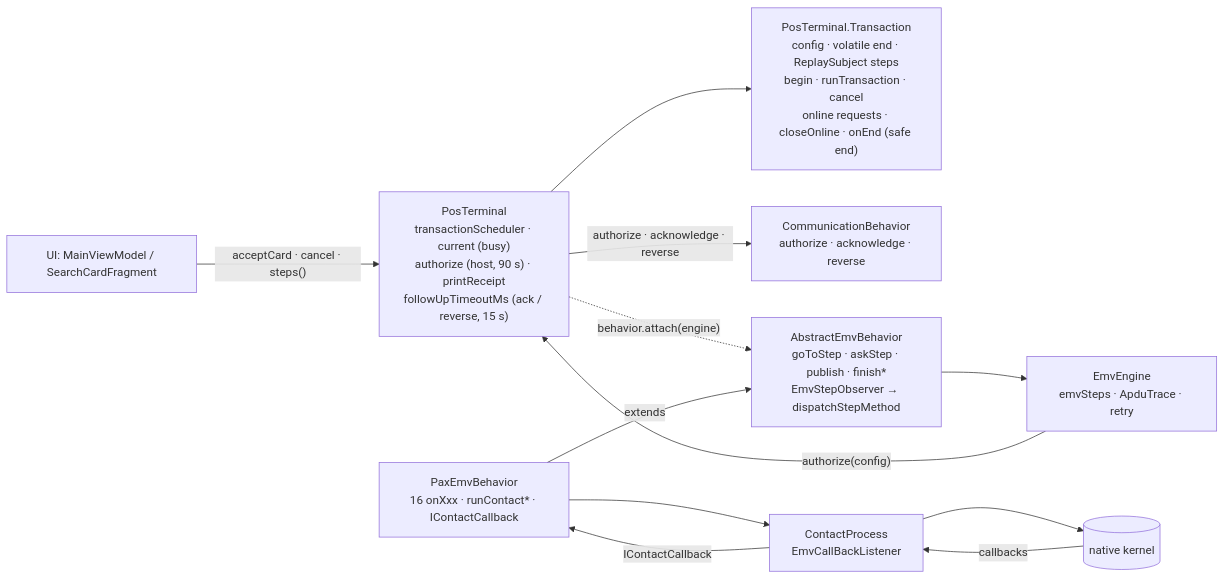
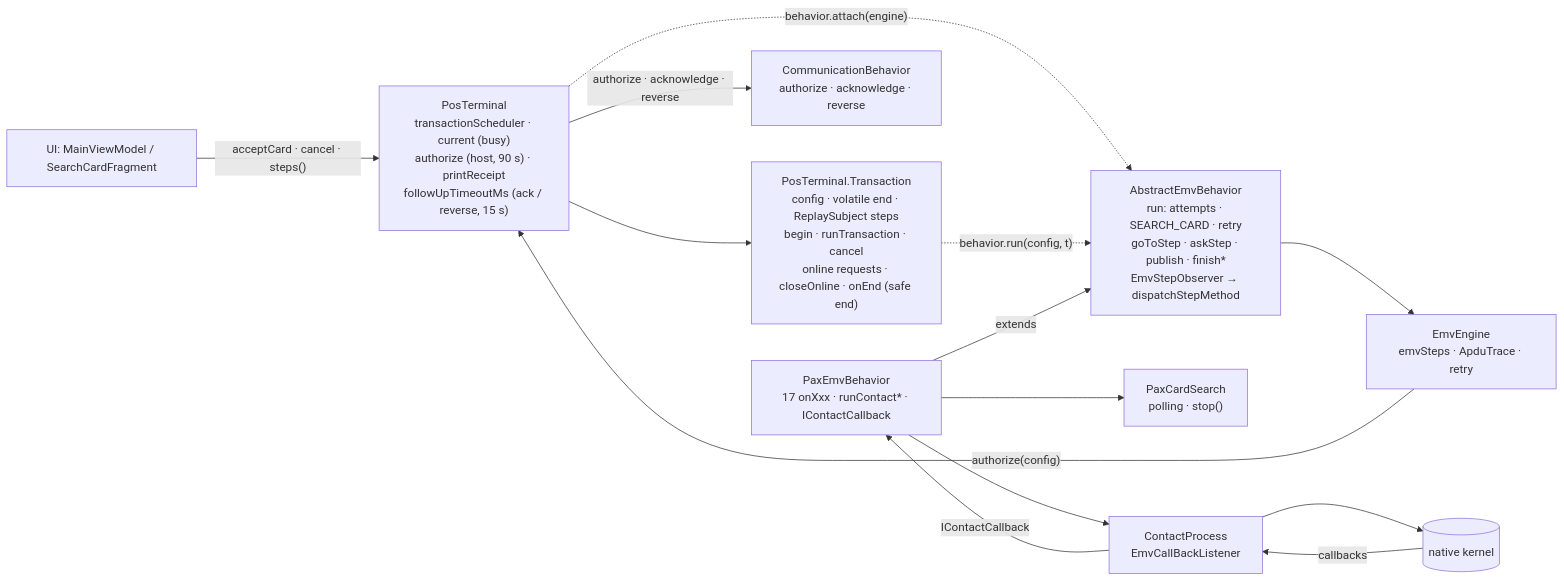
One commit to berothomas33/esaylinkrefactor changed the first of 11 diagrams in doc/REFERENCE.md. Above: the diagram before and after it, drawn with Mermaid. The commit also changed other lines of this file, not shown here.

````diff
--- a/doc/REFERENCE.md
+++ b/doc/REFERENCE.md
@@ -204,19 +207,22 @@
 ```mermaid
 flowchart LR
   UI["UI: MainViewModel / SearchCardFragment"]
   PT["PosTerminal<br/>transactionScheduler · current (busy)<br/>authorize (host, 90 s) · printReceipt<br/>followUpTimeoutMs (ack / reverse, 15 s)"]
   TX["PosTerminal.Transaction<br/>config · volatile end · ReplaySubject steps<br/>begin · runTransaction · cancel<br/>online requests · closeOnline · onEnd (safe end)"]
   CB["CommunicationBehavior<br/>authorize · acknowledge · reverse"]
   EN["EmvEngine<br/>emvSteps · ApduTrace · retry"]
-  AB["AbstractEmvBehavior<br/>goToStep · askStep · publish · finish*<br/>EmvStepObserver → dispatchStepMethod"]
-  PB["PaxEmvBehavior<br/>16 onXxx · runContact* · IContactCallback"]
+  AB["AbstractEmvBehavior<br/>run: attempts · SEARCH_CARD · retry<br/>goToStep · askStep · publish · finish*<br/>EmvStepObserver → dispatchStepMethod"]
+  PB["PaxEmvBehavior<br/>17 onXxx · runContact* · IContactCallback"]
+  CS["PaxCardSearch<br/>polling · stop()"]
   CP["ContactProcess<br/>EmvCallBackListener"]
   NK[("native kernel")]
   UI -- "acceptCard · cancel · steps()" --> PT --> TX
   PT -. "behavior.attach(engine)" .-> AB --> EN
+  TX -. "behavior.run(config, t)" .-> AB
   PB -- extends --> AB
+  PB --> CS
   PB --> CP --> NK
   NK -- callbacks --> CP -- IContactCallback --> PB
   EN -- "authorize(config)" --> PT
   PT -- "authorize · acknowledge · reverse" --> CB
 ```
````
